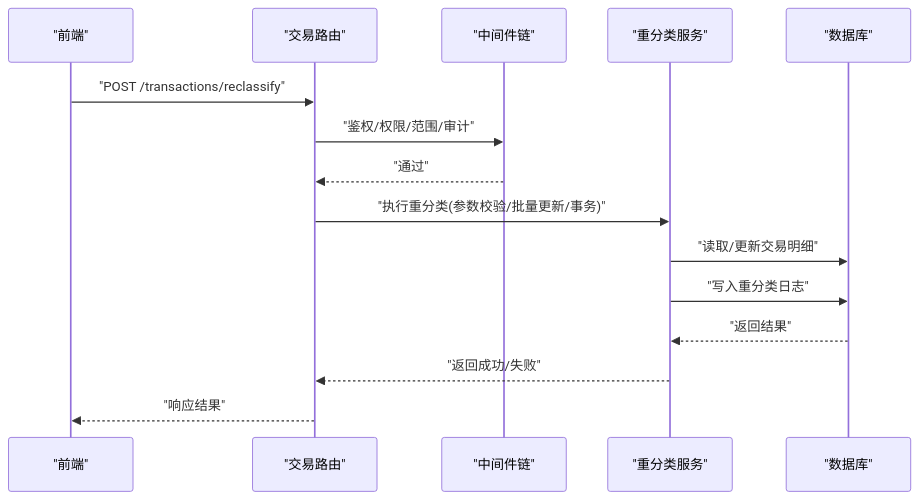
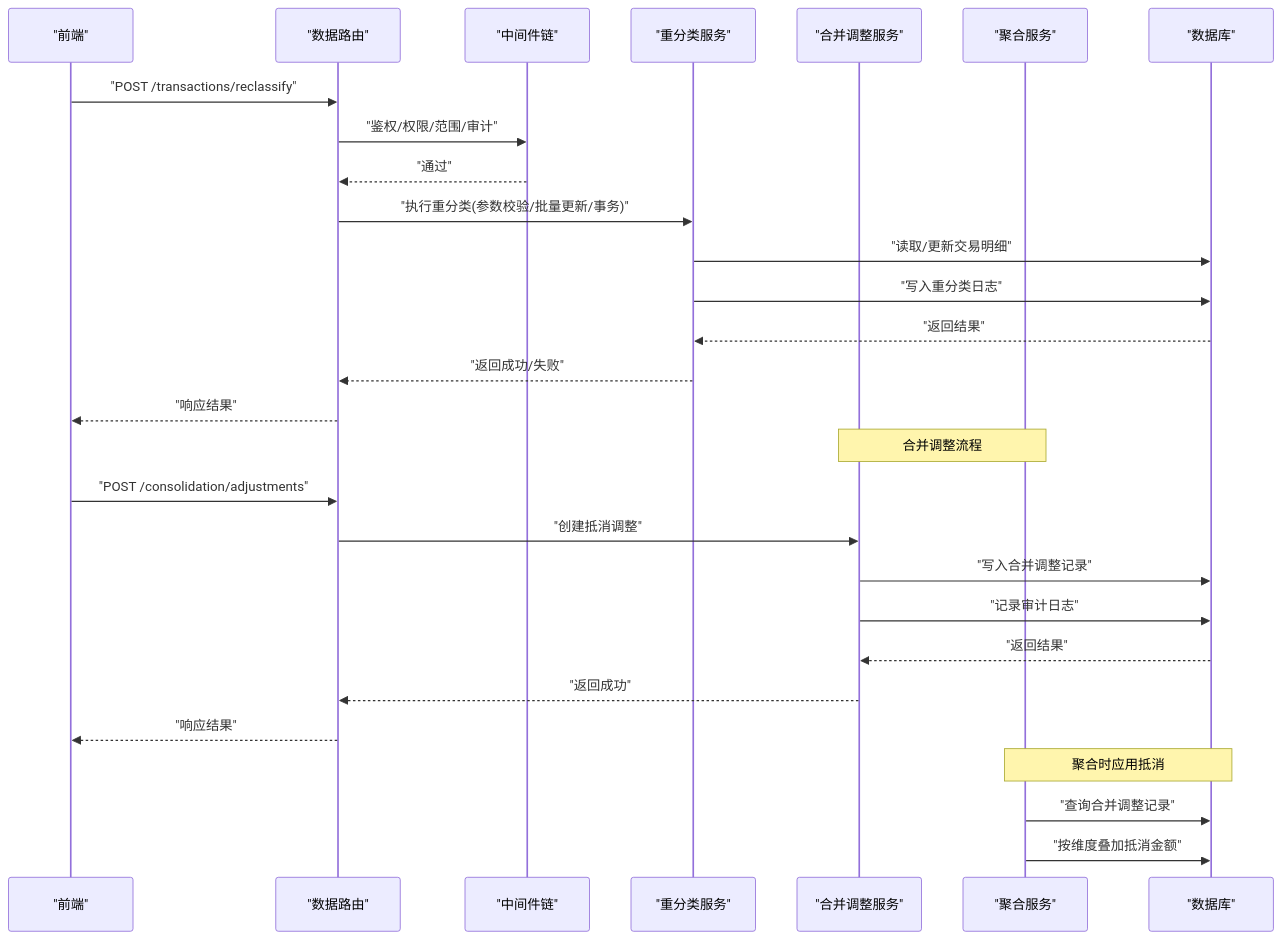
Before and after one commit to Damao997/newproject: the second of 11 diagrams in .qoder/repowiki/zh/content/核心模块/重分类系统.md, drawn with Mermaid. The commit also changed other lines of this file and 27 other files, not shown here.

````diff
--- a/.qoder/repowiki/zh/content/核心模块/重分类系统.md
+++ b/.qoder/repowiki/zh/content/核心模块/重分类系统.md
@@ -90,17 +109,30 @@
 ```mermaid
 sequenceDiagram
 participant FE as "前端"
-participant RT as "交易路由"
+participant RT as "数据路由"
 participant MW as "中间件链"
-participant SV as "重分类服务"
+participant RS as "重分类服务"
+participant CS as "合并调整服务"
+participant AG as "聚合服务"
 participant DB as "数据库"
 FE->>RT : "POST /transactions/reclassify"
 RT->>MW : "鉴权/权限/范围/审计"
 MW-->>RT : "通过"
-RT->>SV : "执行重分类(参数校验/批量更新/事务)"
-SV->>DB : "读取/更新交易明细"
-SV->>DB : "写入重分类日志"
-DB-->>SV : "返回结果"
-SV-->>RT : "返回成功/失败"
+RT->>RS : "执行重分类(参数校验/批量更新/事务)"
+RS->>DB : "读取/更新交易明细"
+RS->>DB : "写入重分类日志"
+DB-->>RS : "返回结果"
+RS-->>RT : "返回成功/失败"
 RT-->>FE : "响应结果"
+Note over CS,AG : 合并调整流程
+FE->>RT : "POST /consolidation/adjustments"
+RT->>CS : "创建抵消调整"
+CS->>DB : "写入合并调整记录"
+CS->>DB : "记录审计日志"
+DB-->>CS : "返回结果"
+CS-->>RT : "返回成功"
+RT-->>FE : "响应结果"
+Note over AG,DB : 聚合时应用抵消
+AG->>DB : "查询合并调整记录"
+AG->>DB : "按维度叠加抵消金额"
 ```
````
